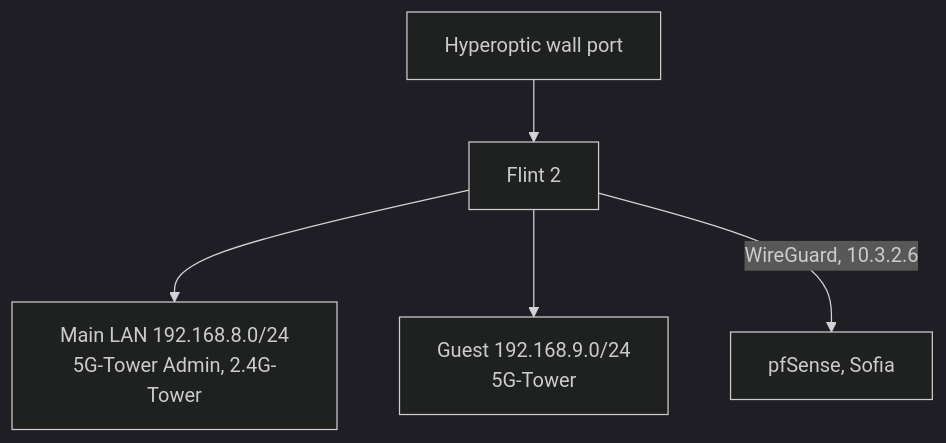
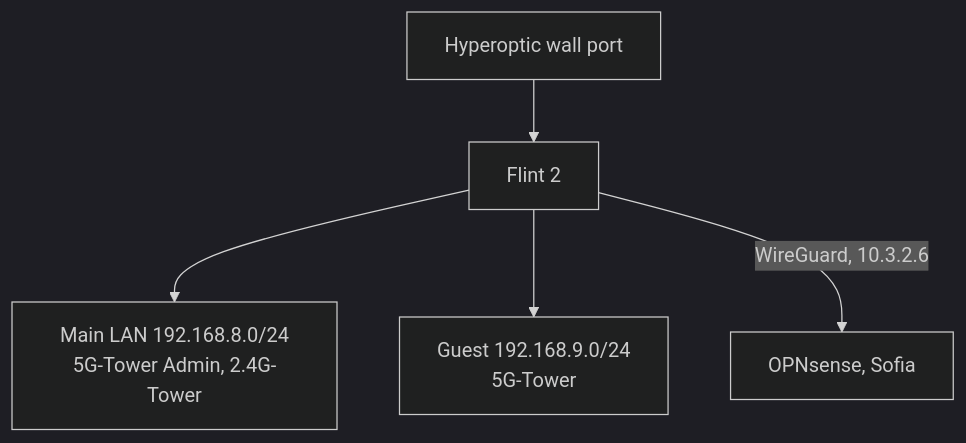
The diagram in docs/architecture/london-site.md (ViktorBarzin/infra), drawn with Mermaid (dark theme) before and after one commit. The commit also changed other lines of this file and 53 other files, not shown here.

````diff
--- a/docs/architecture/london-site.md
+++ b/docs/architecture/london-site.md
@@ -16,7 +16,7 @@
 ```mermaid
 flowchart TD
   isp[Hyperoptic wall port] --> flint[Flint 2]
   flint --> lan["Main LAN 192.168.8.0/24<br/>5G-Tower Admin, 2.4G-Tower"]
   flint --> guest["Guest 192.168.9.0/24<br/>5G-Tower"]
-  flint -->|"WireGuard, 10.3.2.6"| pf[pfSense, Sofia]
+  flint -->|"WireGuard, 10.3.2.6"| pf[OPNsense, Sofia]
 ```
````
